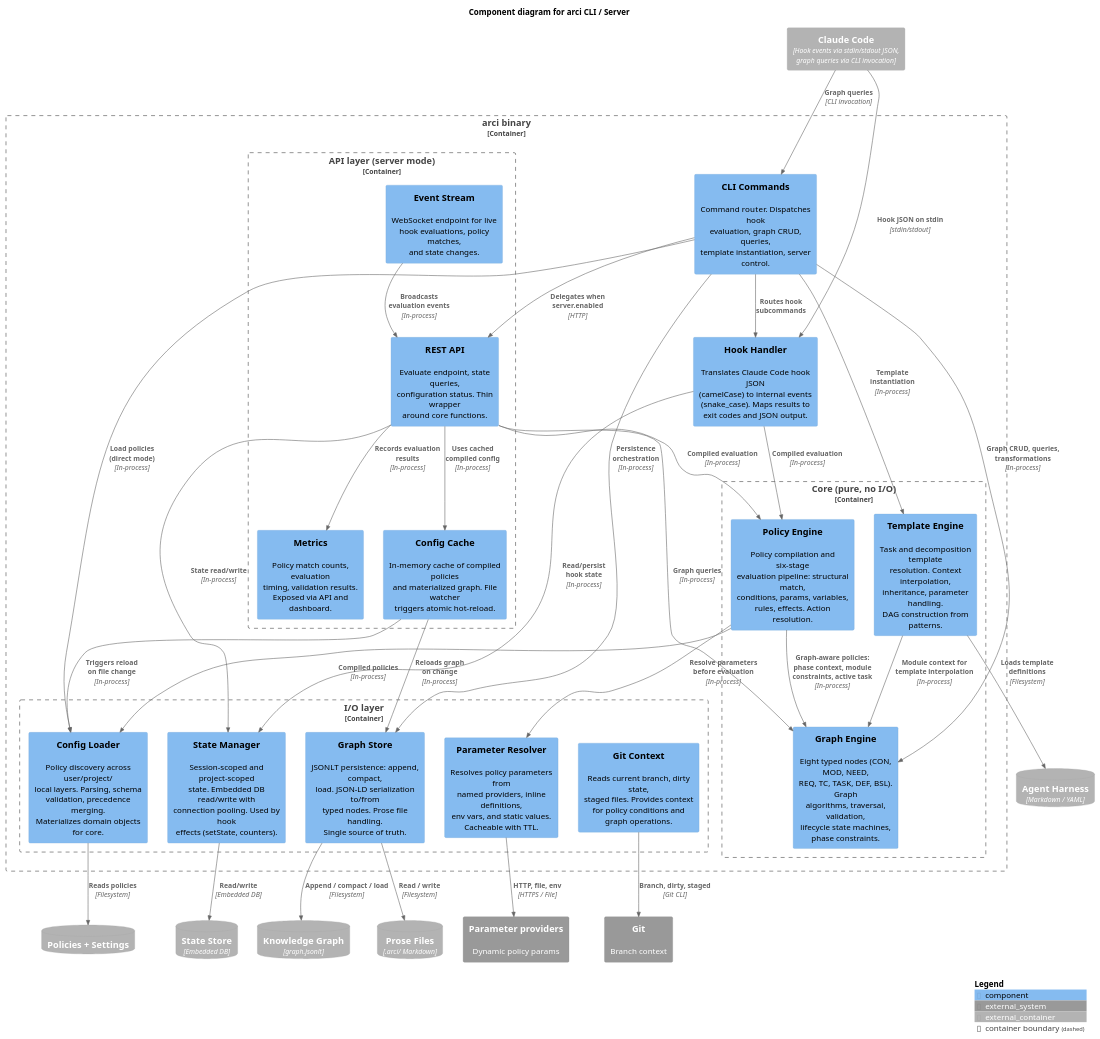
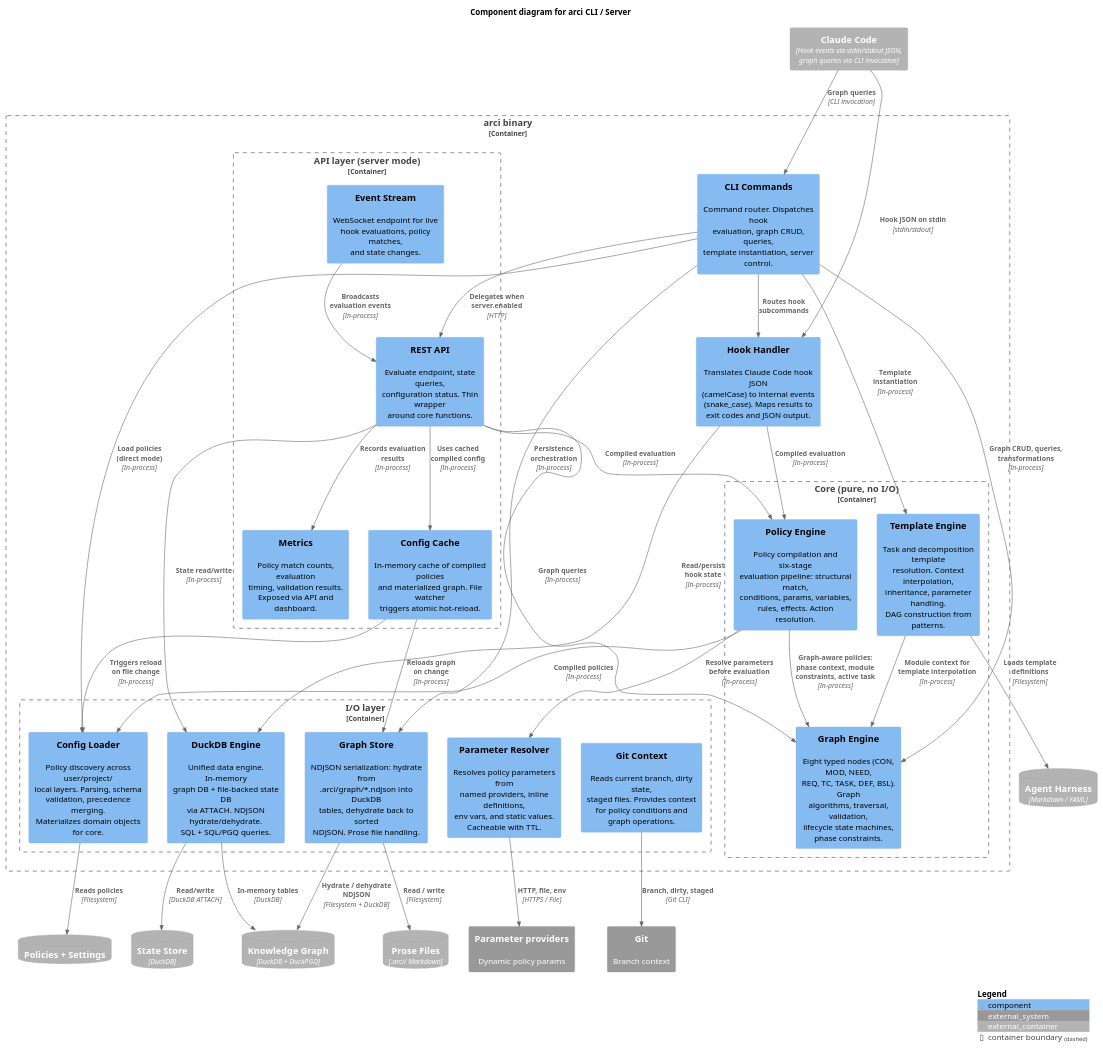
Before and after one commit to krav-sh/krav: the diagram in docs/design/diagrams/arci-c4-component.puml, drawn with PlantUML. The commit also changed 19 other files, not shown here.

First line of the commit message:
docs: update design documentation for DuckDB + DuckPGQ unified data engine

```diff
--- a/docs/design/diagrams/arci-c4-component.puml
+++ b/docs/design/diagrams/arci-c4-component.puml
@@ -1,101 +1,102 @@
 @startuml arci-c4-component
 !include <C4/C4_Component>
 
 title Component diagram for arci CLI / Server
 
 Container_Ext(claude_code, "Claude Code", "Hook events via stdin/stdout JSON,\ngraph queries via CLI invocation")
-ContainerDb_Ext(state_store, "State Store", "Embedded DB")
-ContainerDb_Ext(graph_db, "Knowledge Graph", "graph.jsonlt")
+ContainerDb_Ext(state_store, "State Store", "DuckDB")
+ContainerDb_Ext(graph_db, "Knowledge Graph", "DuckDB + DuckPGQ")
 ContainerDb_Ext(prose_files, "Prose Files", ".arci/ Markdown")
 ContainerDb_Ext(policy_config, "Policies + Settings", "")
 ContainerDb_Ext(harness_config, "Agent Harness", "Markdown / YAML")
 System_Ext(git, "Git", "Branch context")
 System_Ext(param_providers, "Parameter providers", "Dynamic policy params")
 
 Container_Boundary(arci_binary, "arci binary") {
 
     Component(cli_commands, "CLI Commands", "", "Command router. Dispatches hook\nevaluation, graph CRUD, queries,\ntemplate instantiation, server control.")
 
     Component(hook_handler, "Hook Handler", "", "Translates Claude Code hook JSON\n(camelCase) to internal events\n(snake_case). Maps results to\nexit codes and JSON output.")
 
     Container_Boundary(core, "Core (pure, no I/O)") {
         Component(policy_engine, "Policy Engine", "", "Policy compilation and six-stage\nevaluation pipeline: structural match,\nconditions, params, variables,\nrules, effects. Action resolution.")
 
         Component(graph_engine, "Graph Engine", "", "Eight typed nodes (CON, MOD, NEED,\nREQ, TC, TASK, DEF, BSL). Graph\nalgorithms, traversal, validation,\nlifecycle state machines, phase constraints.")
 
         Component(template_engine, "Template Engine", "", "Task and decomposition template\nresolution. Context interpolation,\ninheritance, parameter handling.\nDAG construction from patterns.")
     }
 
     Container_Boundary(io, "I/O layer") {
         Component(config_loader, "Config Loader", "", "Policy discovery across user/project/\nlocal layers. Parsing, schema\nvalidation, precedence merging.\nMaterializes domain objects for core.")
 
-        Component(graph_store, "Graph Store", "", "JSONLT persistence: append, compact,\nload. JSON-LD serialization to/from\ntyped nodes. Prose file handling.\nSingle source of truth.")
+        Component(duckdb_engine, "DuckDB Engine", "", "Unified data engine. In-memory\ngraph DB + file-backed state DB\nvia ATTACH. NDJSON hydrate/dehydrate.\nSQL + SQL/PGQ queries.")
 
-        Component(state_mgr, "State Manager", "", "Session-scoped and project-scoped\nstate. Embedded DB read/write with\nconnection pooling. Used by hook\neffects (setState, counters).")
+        Component(graph_store, "Graph Store", "", "NDJSON serialization: hydrate from\n.arci/graph/*.ndjson into DuckDB\ntables, dehydrate back to sorted\nNDJSON. Prose file handling.")
 
         Component(param_resolver, "Parameter Resolver", "", "Resolves policy parameters from\nnamed providers, inline definitions,\nenv vars, and static values.\nCacheable with TTL.")
 
         Component(git_provider, "Git Context", "", "Reads current branch, dirty state,\nstaged files. Provides context\nfor policy conditions and\ngraph operations.")
     }
 
     Container_Boundary(api, "API layer (server mode)") {
         Component(http_api, "REST API", "", "Evaluate endpoint, state queries,\nconfiguration status. Thin wrapper\naround core functions.")
 
         Component(ws_events, "Event Stream", "", "WebSocket endpoint for live\nhook evaluations, policy matches,\nand state changes.")
 
         Component(config_cache, "Config Cache", "", "In-memory cache of compiled policies\nand materialized graph. File watcher\ntriggers atomic hot-reload.")
 
         Component(metrics, "Metrics", "", "Policy match counts, evaluation\ntiming, validation results.\nExposed via API and dashboard.")
     }
 }
 
 ' === External inbound ===
 Rel(claude_code, hook_handler, "Hook JSON on stdin", "stdin/stdout")
 Rel(claude_code, cli_commands, "Graph queries", "CLI invocation")
 
 ' === CLI dispatch ===
 Rel(cli_commands, hook_handler, "Routes hook\nsubcommands")
 Rel(cli_commands, graph_engine, "Graph CRUD, queries,\ntransformations", "In-process")
 Rel(cli_commands, template_engine, "Template\ninstantiation", "In-process")
 
 ' === Hook evaluation path ===
 Rel(hook_handler, policy_engine, "Compiled evaluation", "In-process")
-Rel(hook_handler, state_mgr, "Read/persist\nhook state", "In-process")
+Rel(hook_handler, duckdb_engine, "Read/persist\nhook state", "In-process")
 
 ' === Core cross-references ===
 Rel(policy_engine, graph_engine, "Graph-aware policies:\nphase context, module\nconstraints, active task", "In-process")
 Rel(template_engine, graph_engine, "Module context for\ntemplate interpolation", "In-process")
 
 ' === Core to I/O ===
 Rel(policy_engine, param_resolver, "Resolve parameters\nbefore evaluation", "In-process")
 Rel(policy_engine, config_loader, "Compiled policies", "In-process")
 
 ' === I/O to storage ===
 Rel(config_loader, policy_config, "Reads policies", "Filesystem")
-Rel(graph_store, graph_db, "Append / compact / load", "Filesystem")
+Rel(graph_store, graph_db, "Hydrate / dehydrate\nNDJSON", "Filesystem + DuckDB")
 Rel(graph_store, prose_files, "Read / write", "Filesystem")
-Rel(state_mgr, state_store, "Read/write", "Embedded DB")
+Rel(duckdb_engine, state_store, "Read/write", "DuckDB ATTACH")
+Rel(duckdb_engine, graph_db, "In-memory tables", "DuckDB")
 Rel(param_resolver, param_providers, "HTTP, file, env", "HTTPS / File")
 Rel(git_provider, git, "Branch, dirty, staged", "Git CLI")
 
 ' === Graph engine to store ===
 Rel(cli_commands, graph_store, "Persistence\norchestration", "In-process")
 Rel(cli_commands, config_loader, "Load policies\n(direct mode)", "In-process")
 
 ' === Template to harness config ===
 Rel(template_engine, harness_config, "Loads template\ndefinitions", "Filesystem")
 
 ' === API layer (server mode) ===
 Rel(cli_commands, http_api, "Delegates when\nserver.enabled", "HTTP")
 Rel(http_api, policy_engine, "Compiled evaluation", "In-process")
 Rel(http_api, graph_engine, "Graph queries", "In-process")
-Rel(http_api, state_mgr, "State read/write", "In-process")
+Rel(http_api, duckdb_engine, "State read/write", "In-process")
 Rel(config_cache, config_loader, "Triggers reload\non file change", "In-process")
 Rel(config_cache, graph_store, "Reloads graph\non change", "In-process")
 Rel(http_api, config_cache, "Uses cached\ncompiled config", "In-process")
 Rel(http_api, metrics, "Records evaluation\nresults", "In-process")
 Rel(ws_events, http_api, "Broadcasts\nevaluation events", "In-process")
 
 SHOW_LEGEND()
 
 @enduml
```
